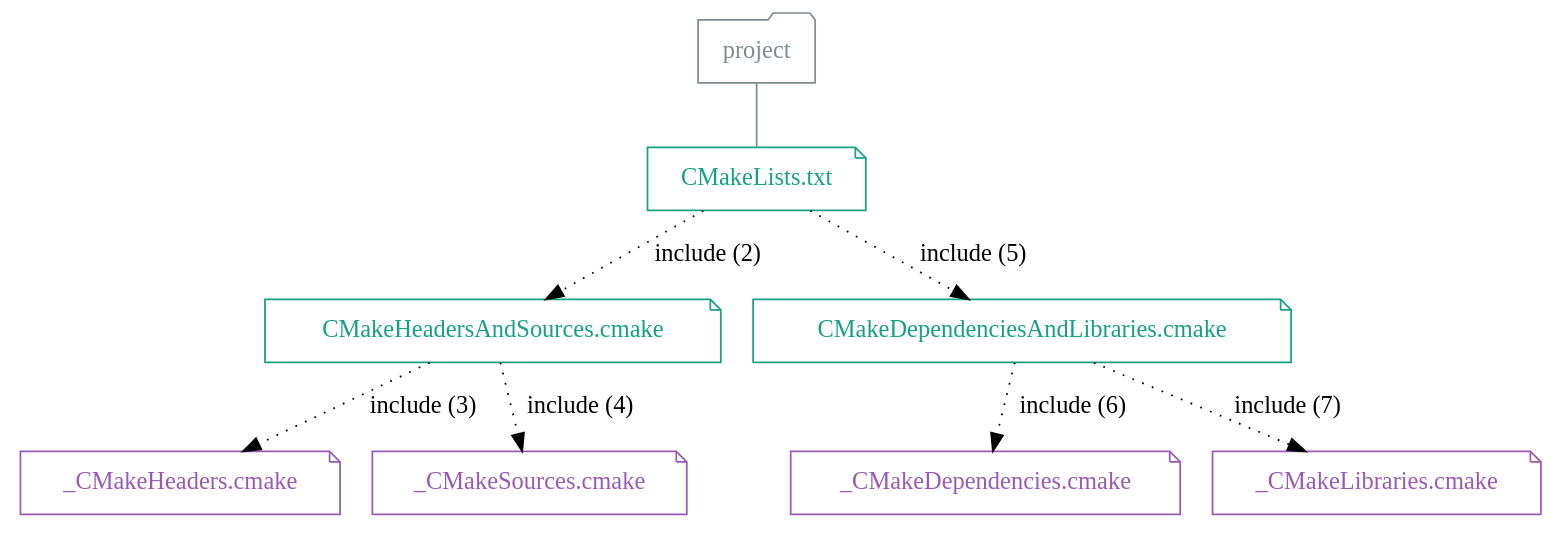
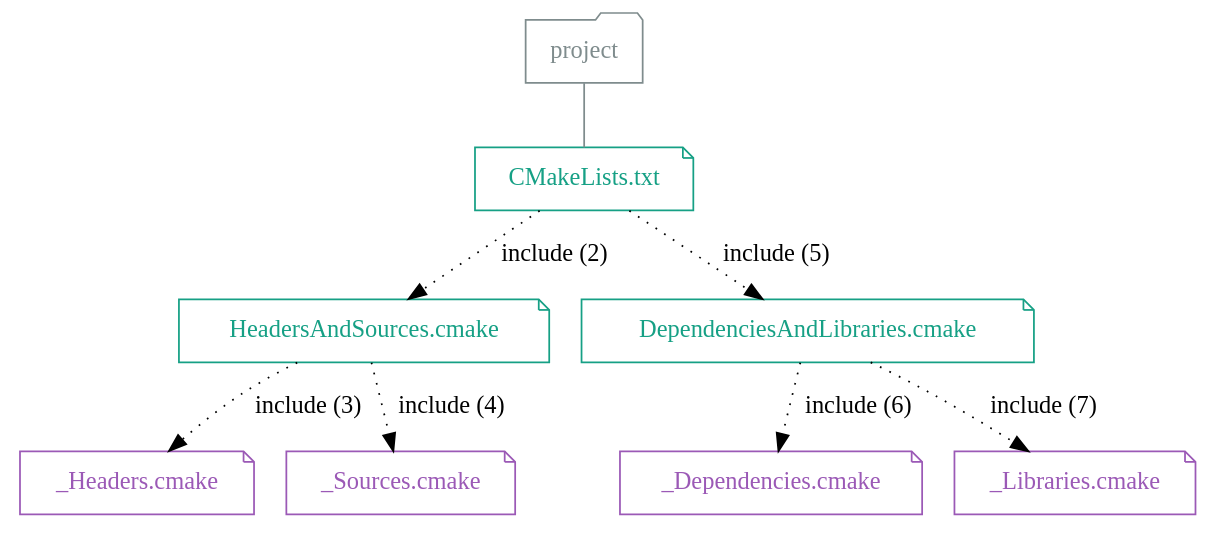
One commit to mulle-sde/mulle-sde changed the diagram in dox/mulle-sde-cmakelists.dot. Above: the diagram before and after it, drawn with Graphviz. The commit also changed 16 other files, not shown here.

Commit message:
* uniform help, remove obsolete cmake-include

```diff
--- a/dox/mulle-sde-cmakelists.dot
+++ b/dox/mulle-sde-cmakelists.dot
@@ -1,30 +1,30 @@
 digraph G {
     graph [rankdir = TD];
 
     node[ shape=folder];
 
     { rank = same;  "CMakeLists.txt" };
 
     "project"                           [ color="#7f8c8d", fontcolor="#7f8c8d" ]
 
     "project" -> "CMakeLists.txt"       [ arrowhead="none", color="#7f8c8d" ]
 
     "CMakeLists.txt"                    [ shape="note", color="#16a085", fontcolor="#16a085" ]
 
-    "CMakeHeadersAndSources.cmake"        [ shape="note", color="#16a085", fontcolor="#16a085" ]
-    "CMakeDependenciesAndLibraries.cmake" [ shape="note", color="#16a085", fontcolor="#16a085" ]
+    "HeadersAndSources.cmake"        [ shape="note", color="#16a085", fontcolor="#16a085" ]
+    "DependenciesAndLibraries.cmake" [ shape="note", color="#16a085", fontcolor="#16a085" ]
 
-    "_CMakeHeaders.cmake"                 [ shape="note", color="#9b59b6", fontcolor="#9b59b6" ]
-    "_CMakeSources.cmake"                 [ shape="note", color="#9b59b6", fontcolor="#9b59b6" ]
-    "_CMakeDependencies.cmake"            [ shape="note", color="#9b59b6", fontcolor="#9b59b6" ]
-    "_CMakeLibraries.cmake"               [ shape="note", color="#9b59b6", fontcolor="#9b59b6" ]
+    "_Headers.cmake"                 [ shape="note", color="#9b59b6", fontcolor="#9b59b6" ]
+    "_Sources.cmake"                 [ shape="note", color="#9b59b6", fontcolor="#9b59b6" ]
+    "_Dependencies.cmake"            [ shape="note", color="#9b59b6", fontcolor="#9b59b6" ]
+    "_Libraries.cmake"               [ shape="note", color="#9b59b6", fontcolor="#9b59b6" ]
 
-    "CMakeLists.txt" -> "CMakeHeadersAndSources.cmake"         [ style="dotted", label="include (2)" ]
-    "CMakeLists.txt" -> "CMakeDependenciesAndLibraries.cmake"  [ style="dotted", label="include (5)" ]
+    "CMakeLists.txt" -> "HeadersAndSources.cmake"         [ style="dotted", label="include (2)" ]
+    "CMakeLists.txt" -> "DependenciesAndLibraries.cmake"  [ style="dotted", label="include (5)" ]
 
-    "CMakeHeadersAndSources.cmake" -> "_CMakeHeaders.cmake"       [ style="dotted", label="include (3)" ]
-    "CMakeHeadersAndSources.cmake" -> "_CMakeSources.cmake"       [ style="dotted", label="include (4)" ]
+    "HeadersAndSources.cmake" -> "_Headers.cmake"       [ style="dotted", label="include (3)" ]
+    "HeadersAndSources.cmake" -> "_Sources.cmake"       [ style="dotted", label="include (4)" ]
 
-    "CMakeDependenciesAndLibraries.cmake" -> "_CMakeDependencies.cmake"  [ style="dotted", label="include (6)" ]
-    "CMakeDependenciesAndLibraries.cmake" -> "_CMakeLibraries.cmake"     [ style="dotted", label="include (7)" ]
+    "DependenciesAndLibraries.cmake" -> "_Dependencies.cmake"  [ style="dotted", label="include (6)" ]
+    "DependenciesAndLibraries.cmake" -> "_Libraries.cmake"     [ style="dotted", label="include (7)" ]
 }
```
